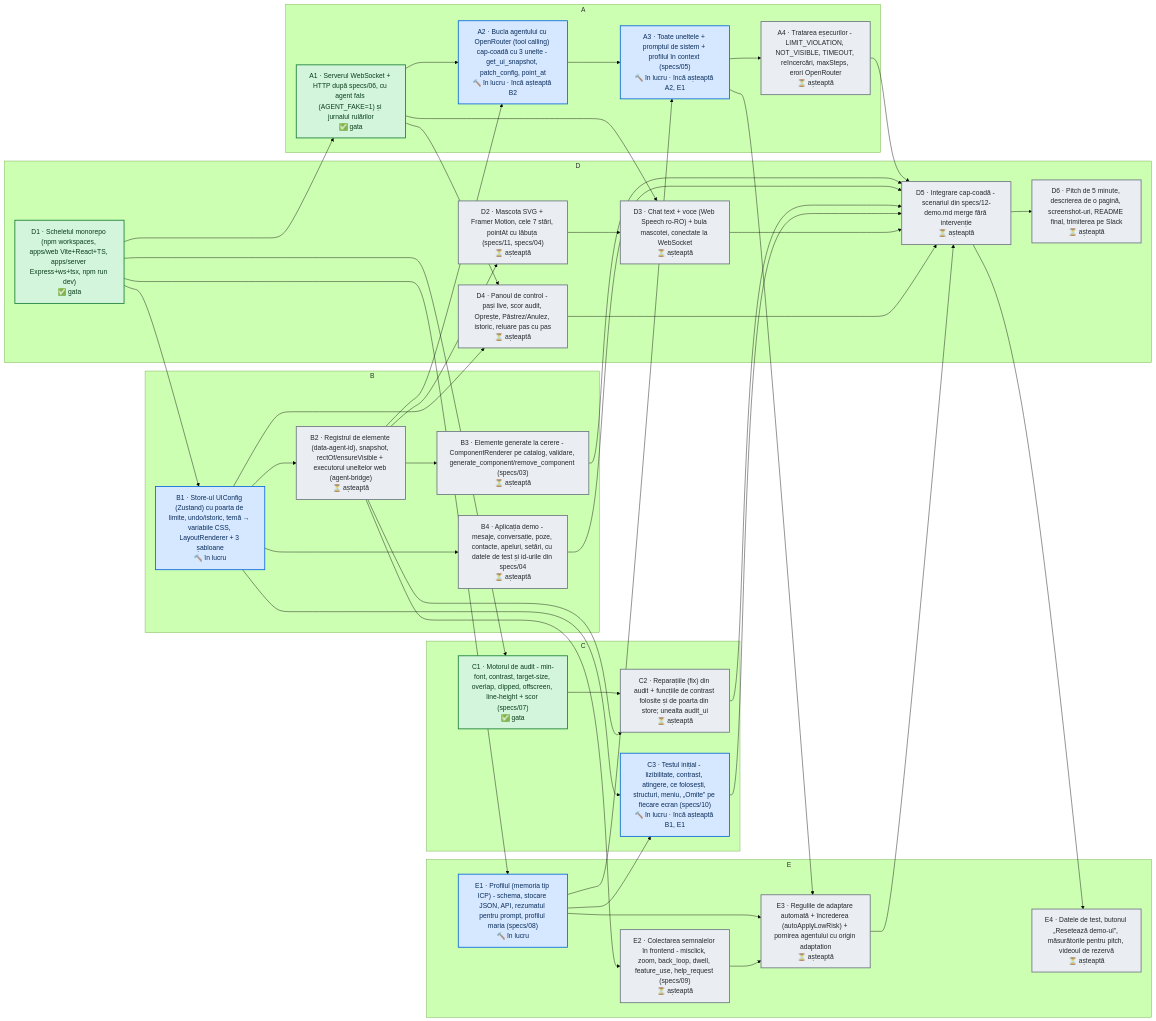
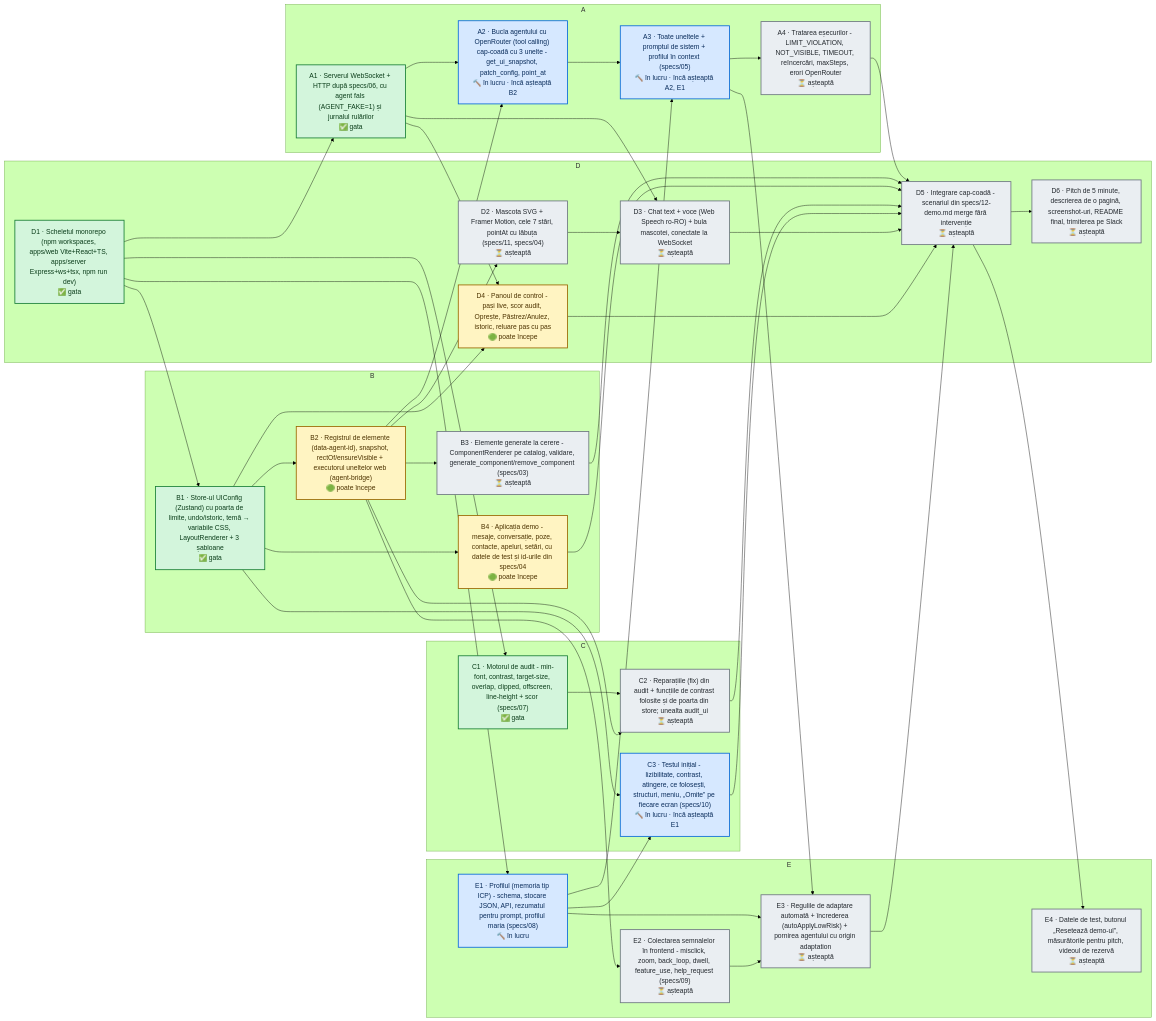
One commit to 06cezar/UiShapeshifter changed the diagram in DAG.md. Above: the diagram before and after it, drawn with Mermaid (forest theme). The commit also changed other lines of this file and 1 other file, not shown here.

Commit message:
dag: update [skip ci]

````diff
--- a/DAG.md
+++ b/DAG.md
@@ -8,77 +8,78 @@
 ```mermaid
 flowchart LR
   subgraph t_owner_A["A"]
     t_A1["A1 · Serverul WebSocket + HTTP după specs/06, cu agent fals (AGENT_FAKE=1) și jurnalul rulărilor<br/>✅ gata"]
     t_A2["A2 · Bucla agentului cu OpenRouter (tool calling) cap-coadă cu 3 unelte - get_ui_snapshot, patch_config, point_at<br/>🔨 în lucru · încă așteaptă B2"]
     t_A3["A3 · Toate uneltele + promptul de sistem + profilul în context (specs/05)<br/>🔨 în lucru · încă așteaptă A2, E1"]
     t_A4["A4 · Tratarea eșecurilor - LIMIT_VIOLATION, NOT_VISIBLE, TIMEOUT, reîncercări, maxSteps, erori OpenRouter<br/>⏳ așteaptă"]
   end
   subgraph t_owner_B["B"]
-    t_B1["B1 · Store-ul UIConfig (Zustand) cu poarta de limite, undo/istoric, temă → variabile CSS, LayoutRenderer + 3 șabloane<br/>🔨 în lucru"]
-    t_B2["B2 · Registrul de elemente (data-agent-id), snapshot, rectOf/ensureVisible + executorul uneltelor web (agent-bridge)<br/>⏳ așteaptă"]
+    t_B1["B1 · Store-ul UIConfig (Zustand) cu poarta de limite, undo/istoric, temă → variabile CSS, LayoutRenderer + 3 șabloane<br/>✅ gata"]
+    t_B2["B2 · Registrul de elemente (data-agent-id), snapshot, rectOf/ensureVisible + executorul uneltelor web (agent-bridge)<br/>🟢 poate începe"]
     t_B3["B3 · Elemente generate la cerere - ComponentRenderer pe catalog, validare, generate_component/remove_component (specs/03)<br/>⏳ așteaptă"]
-    t_B4["B4 · Aplicația demo - mesaje, conversație, poze, contacte, apeluri, setări, cu datele de test și id-urile din specs/04<br/>⏳ așteaptă"]
+    t_B4["B4 · Aplicația demo - mesaje, conversație, poze, contacte, apeluri, setări, cu datele de test și id-urile din specs/04<br/>🟢 poate începe"]
   end
   subgraph t_owner_C["C"]
     t_C1["C1 · Motorul de audit - min-font, contrast, target-size, overlap, clipped, offscreen, line-height + scor (specs/07)<br/>✅ gata"]
     t_C2["C2 · Reparațiile (fix) din audit + funcțiile de contrast folosite și de poarta din store; unealta audit_ui<br/>⏳ așteaptă"]
-    t_C3["C3 · Testul inițial - lizibilitate, contrast, atingere, ce folosești, structuri, meniu, „Omite” pe fiecare ecran (specs/10)<br/>🔨 în lucru · încă așteaptă B1, E1"]
+    t_C3["C3 · Testul inițial - lizibilitate, contrast, atingere, ce folosești, structuri, meniu, „Omite” pe fiecare ecran (specs/10)<br/>🔨 în lucru · încă așteaptă E1"]
   end
   subgraph t_owner_D["D"]
     t_D1["D1 · Scheletul monorepo (npm workspaces, apps/web Vite+React+TS, apps/server Express+ws+tsx, npm run dev)<br/>✅ gata"]
     t_D2["D2 · Mascota SVG + Framer Motion, cele 7 stări, pointAt cu lăbuța (specs/11, specs/04)<br/>⏳ așteaptă"]
     t_D3["D3 · Chat text + voce (Web Speech ro-RO) + bula mascotei, conectate la WebSocket<br/>⏳ așteaptă"]
-    t_D4["D4 · Panoul de control - pași live, scor audit, Oprește, Păstrez/Anulez, istoric, reluare pas cu pas<br/>⏳ așteaptă"]
+    t_D4["D4 · Panoul de control - pași live, scor audit, Oprește, Păstrez/Anulez, istoric, reluare pas cu pas<br/>🟢 poate începe"]
     t_D5["D5 · Integrare cap-coadă - scenariul din specs/12-demo.md merge fără intervenție<br/>⏳ așteaptă"]
     t_D6["D6 · Pitch de 5 minute, descrierea de o pagină, screenshot-uri, README final, trimiterea pe Slack<br/>⏳ așteaptă"]
   end
   subgraph t_owner_E["E"]
     t_E1["E1 · Profilul (memoria tip ICP) - schema, stocare JSON, API, rezumatul pentru prompt, profilul maria (specs/08)<br/>🔨 în lucru"]
     t_E2["E2 · Colectarea semnalelor în frontend - misclick, zoom, back_loop, dwell, feature_use, help_request (specs/09)<br/>⏳ așteaptă"]
     t_E3["E3 · Regulile de adaptare automată + încrederea (autoApplyLowRisk) + pornirea agentului cu origin adaptation<br/>⏳ așteaptă"]
     t_E4["E4 · Datele de test, butonul „Resetează demo-ul”, măsurătorile pentru pitch, videoul de rezervă<br/>⏳ așteaptă"]
   end
   t_B2 --> t_D2
   t_A1 --> t_D3
   t_D2 --> t_D3
   t_A1 --> t_D4
   t_B1 --> t_D4
   t_A4 --> t_D5
   t_B3 --> t_D5
   t_B4 --> t_D5
   t_C2 --> t_D5
   t_C3 --> t_D5
   t_D3 --> t_D5
   t_D4 --> t_D5
   t_E3 --> t_D5
   t_D5 --> t_D6
   t_D1 --> t_A1
   t_A1 --> t_A2
   t_B2 --> t_A2
   t_A2 --> t_A3
   t_E1 --> t_A3
   t_A3 --> t_A4
   t_D1 --> t_B1
   t_B1 --> t_B2
   t_B2 --> t_B3
   t_B1 --> t_B4
   t_D1 --> t_C1
   t_C1 --> t_C2
   t_B2 --> t_C2
   t_B1 --> t_C3
   t_E1 --> t_C3
   t_D1 --> t_E1
   t_B2 --> t_E2
   t_E1 --> t_E3
   t_E2 --> t_E3
   t_A3 --> t_E3
   t_D5 --> t_E4
   classDef done fill:#d3f5dc,stroke:#1a7f37,color:#0b3d1a,stroke-width:2px
   classDef progress fill:#d6e8ff,stroke:#0969da,color:#0a2d5c,stroke-width:2px
   classDef ready fill:#fff4c2,stroke:#9a6700,color:#4d3300,stroke-width:2px
   classDef wait fill:#eaeef2,stroke:#6e7781,color:#24292f,stroke-width:2px
   classDef blocked fill:#ffd8d3,stroke:#cf222e,color:#5c0b10,stroke-width:2px
-  class t_D1,t_A1,t_C1 done
-  class t_A2,t_A3,t_B1,t_C3,t_E1 progress
-  class t_D2,t_D3,t_D4,t_D5,t_D6,t_A4,t_B2,t_B3,t_B4,t_C2,t_E2,t_E3,t_E4 wait
+  class t_D1,t_A1,t_B1,t_C1 done
+  class t_A2,t_A3,t_C3,t_E1 progress
+  class t_D4,t_B2,t_B4 ready
+  class t_D2,t_D3,t_D5,t_D6,t_A4,t_B3,t_C2,t_E2,t_E3,t_E4 wait
 ```
````
